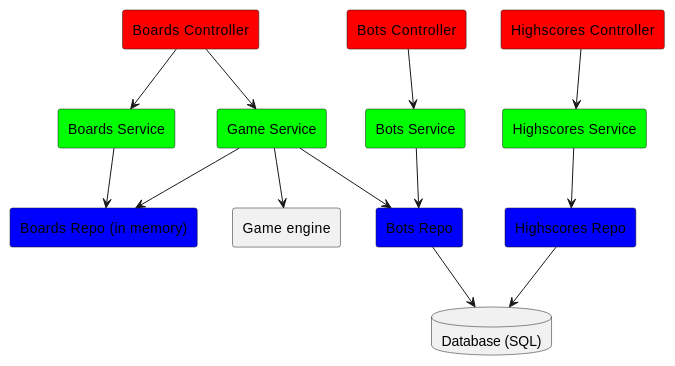
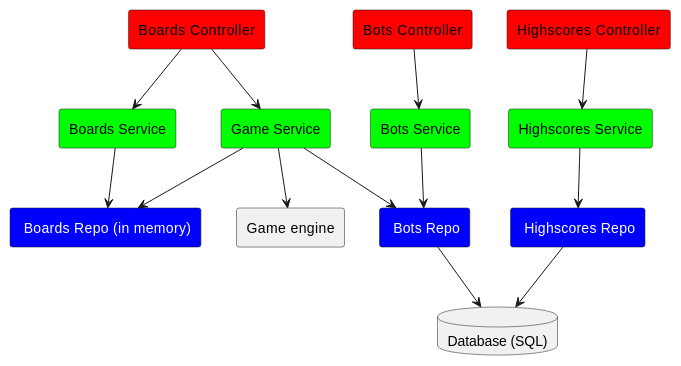
Before and after one commit to Etimo/diamonds: the diagram in wip-files/README.org, drawn with PlantUML. The commit also changed 1 other file, not shown here.

Commit message:
Font color white on blue

```diff
--- a/wip-files/README.org
+++ b/wip-files/README.org
@@ -22,35 +22,35 @@
    #+begin_src plantuml :file Architecture.png
      @startuml
      rectangle "Boards Controller" as BoardsController #FF0000
      rectangle "Bots Controller" as BotsController #FF0000
      rectangle "Highscores Controller" as HighscoresController #FF0000
      
      rectangle "Boards Service" as BoardsService #00FF00
      rectangle "Game Service" as GameService #00FF00
      rectangle "Bots Service" as BotsService #00FF00
      rectangle "Highscores Service" as HighscoresService #00FF00
 
      rectangle "Game engine" as GameEngine 
 
-     rectangle "Boards Repo (in memory)" as BoardsRepo #0000FF
-     rectangle "Bots Repo" as BotsRepo #0000FF
-     rectangle "Highscores Repo" as HighscoresRepo #0000FF
+     rectangle "<color:#FFFFFF> Boards Repo (in memory)" as BoardsRepo #0000FF
+     rectangle "<color:#FFFFFF> Bots Repo" as BotsRepo #0000FF
+     rectangle "<color:#FFFFFF> Highscores Repo" as HighscoresRepo #0000FF
 
      database "Database (SQL)" as Database
 
      BoardsController --> BoardsService
      BoardsController --> GameService
      BotsController --> BotsService
      HighscoresController --> HighscoresService
     
      BoardsService --> BoardsRepo
      BotsService --> BotsRepo
      GameService --> BotsRepo
      GameService --> BoardsRepo
      GameService --> GameEngine
      HighscoresService --> HighscoresRepo
      
      BotsRepo --> Database
      HighscoresRepo --> Database
      @enduml
    #+end_src
```
